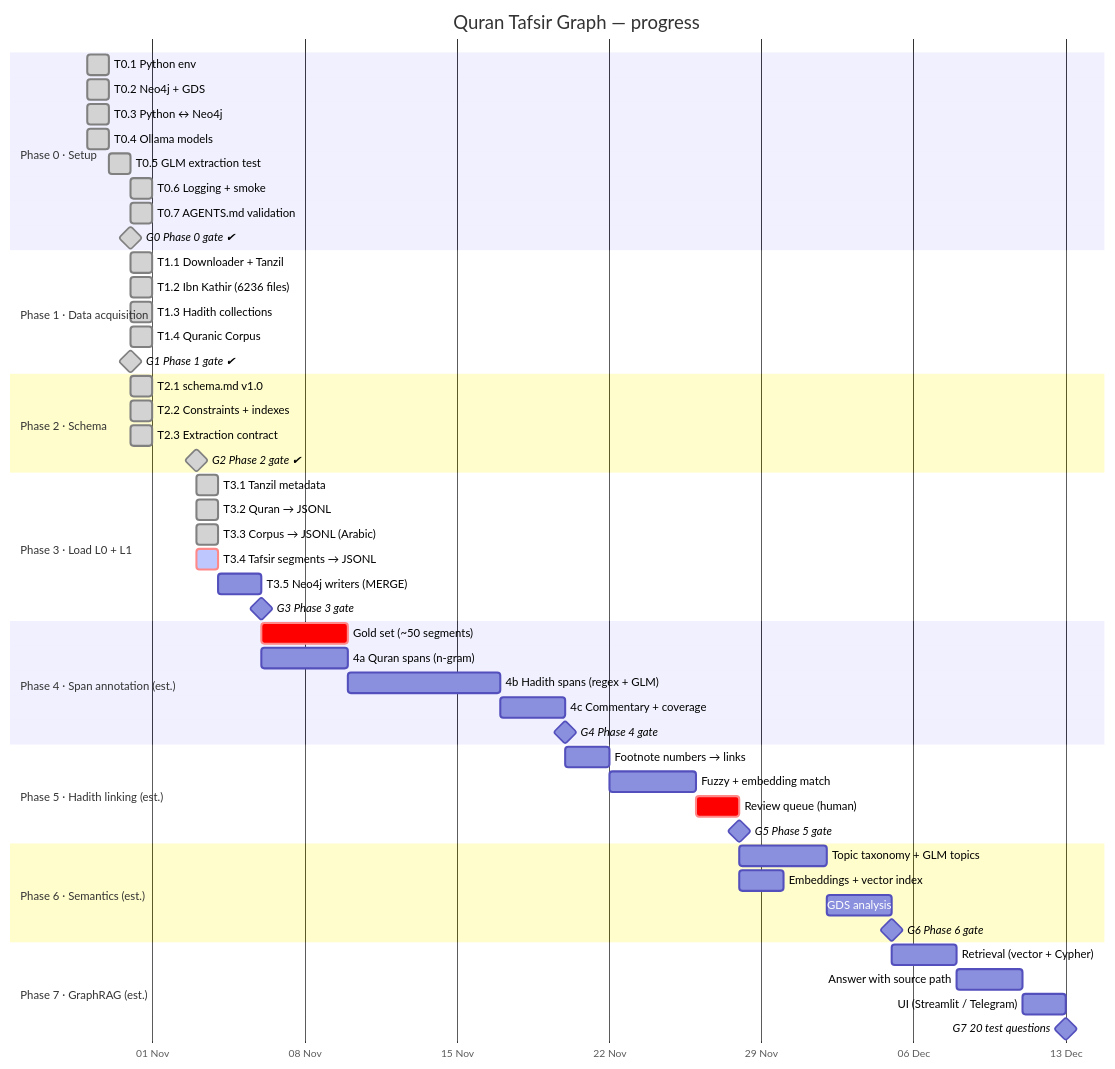
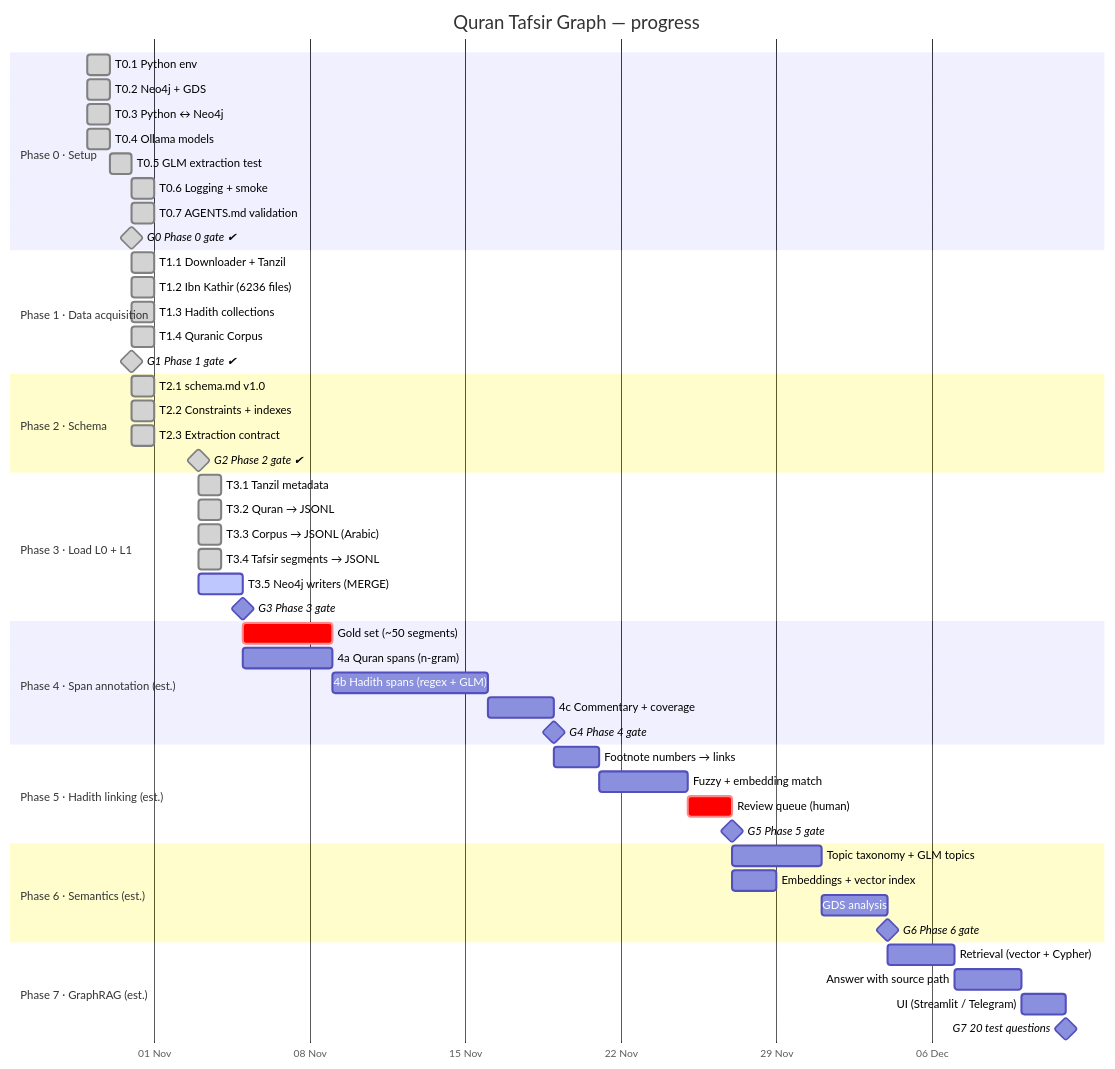
One commit to mohamed-soubhi/quran-graph changed the diagram in docs/GANTT.md. Above: the diagram before and after it, drawn with Mermaid. The commit also changed other lines of this file and 1 other file, not shown here.

Commit message:
T3.4 approved; T3.5 in progress
Claude-Session: https://claude.ai/code/session_01HtCFgjMNEDCf4YewDqZRyf

````diff
--- a/docs/GANTT.md
+++ b/docs/GANTT.md
@@ -9,63 +9,63 @@
 ```mermaid
 gantt
     title Quran Tafsir Graph — progress
     dateFormat YYYY-MM-DD
     axisFormat %d %b
     todayMarker stroke-width:3px,stroke:#d33
 
     section Phase 0 · Setup
     T0.1 Python env                 :done, t01, 2026-10-29, 1d
     T0.2 Neo4j + GDS                :done, t02, 2026-10-29, 1d
     T0.3 Python ↔ Neo4j             :done, t03, 2026-10-29, 1d
     T0.4 Ollama models              :done, t04, 2026-10-29, 1d
     T0.5 GLM extraction test        :done, t05, 2026-10-30, 1d
     T0.6 Logging + smoke            :done, t06, 2026-10-31, 1d
     T0.7 AGENTS.md validation       :done, t07, 2026-10-31, 1d
     G0 Phase 0 gate ✔               :milestone, done, g0, 2026-10-31, 0d
 
     section Phase 1 · Data acquisition
     T1.1 Downloader + Tanzil        :done, t11, 2026-10-31, 1d
     T1.2 Ibn Kathir (6236 files)    :done, t12, 2026-10-31, 1d
     T1.3 Hadith collections         :done, t13, 2026-10-31, 1d
     T1.4 Quranic Corpus            :done, t14, 2026-10-31, 1d
     G1 Phase 1 gate ✔               :milestone, done, g1, 2026-10-31, 0d
 
     section Phase 2 · Schema
     T2.1 schema.md v1.0            :done, t21, 2026-10-31, 1d
     T2.2 Constraints + indexes      :done, t22, 2026-10-31, 1d
     T2.3 Extraction contract        :done, t23, 2026-10-31, 1d
     G2 Phase 2 gate ✔               :milestone, done, g2, 2026-11-03, 0d
 
     section Phase 3 · Load L0 + L1
     T3.1 Tanzil metadata            :done, t31, 2026-11-03, 1d
     T3.2 Quran → JSONL              :done, t32, 2026-11-03, 1d
     T3.3 Corpus → JSONL (Arabic)    :done, t33, 2026-11-03, 1d
-    T3.4 Tafsir segments → JSONL    :crit, active, t34, 2026-11-03, 1d
-    T3.5 Neo4j writers (MERGE)      :p3b, after t34, 2d
+    T3.4 Tafsir segments → JSONL    :done, t34, 2026-11-03, 1d
+    T3.5 Neo4j writers (MERGE)      :active, p3b, 2026-11-03, 2d
     G3 Phase 3 gate                 :milestone, g3, after p3b, 0d
 
     section Phase 4 · Span annotation (est.)
     Gold set (~50 segments)         :crit, p4g, after g3, 4d
     4a Quran spans (n-gram)         :p4a, after g3, 4d
     4b Hadith spans (regex + GLM)   :p4b, after p4a, 7d
     4c Commentary + coverage        :p4c, after p4b, 3d
     G4 Phase 4 gate                 :milestone, g4, after p4c, 0d
 
     section Phase 5 · Hadith linking (est.)
     Footnote numbers → links        :p5a, after g4, 2d
     Fuzzy + embedding match         :p5b, after p5a, 4d
     Review queue (human)            :crit, p5c, after p5b, 2d
     G5 Phase 5 gate                 :milestone, g5, after p5c, 0d
 
     section Phase 6 · Semantics (est.)
     Topic taxonomy + GLM topics     :p6a, after g5, 4d
     Embeddings + vector index       :p6b, after g5, 2d
     GDS analysis                    :p6c, after p6a, 3d
     G6 Phase 6 gate                 :milestone, g6, after p6c, 0d
 
     section Phase 7 · GraphRAG (est.)
     Retrieval (vector + Cypher)     :p7a, after g6, 3d
     Answer with source path         :p7b, after p7a, 3d
     UI (Streamlit / Telegram)       :p7c, after p7b, 2d
     G7 20 test questions            :milestone, g7, after p7c, 0d
 ```
````
